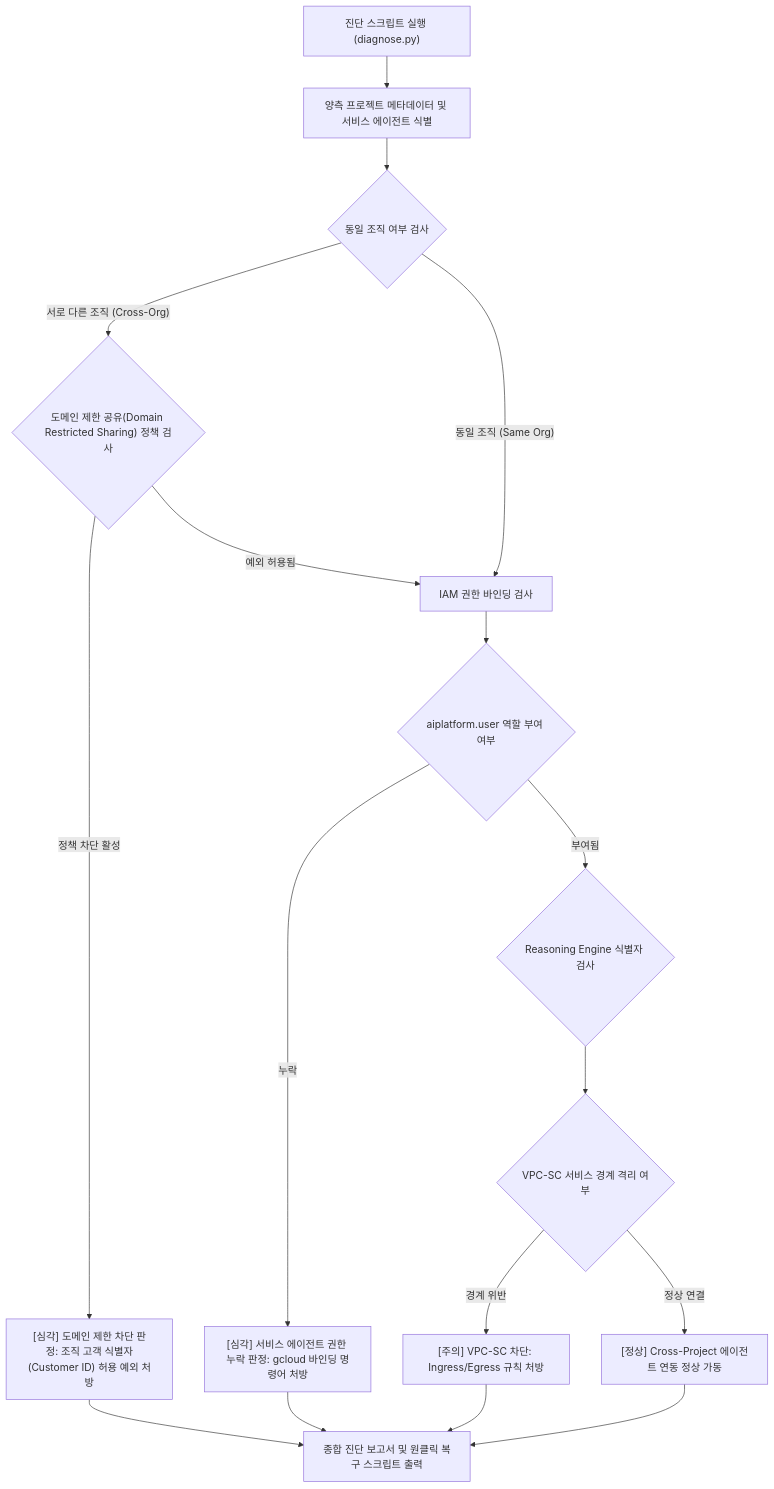
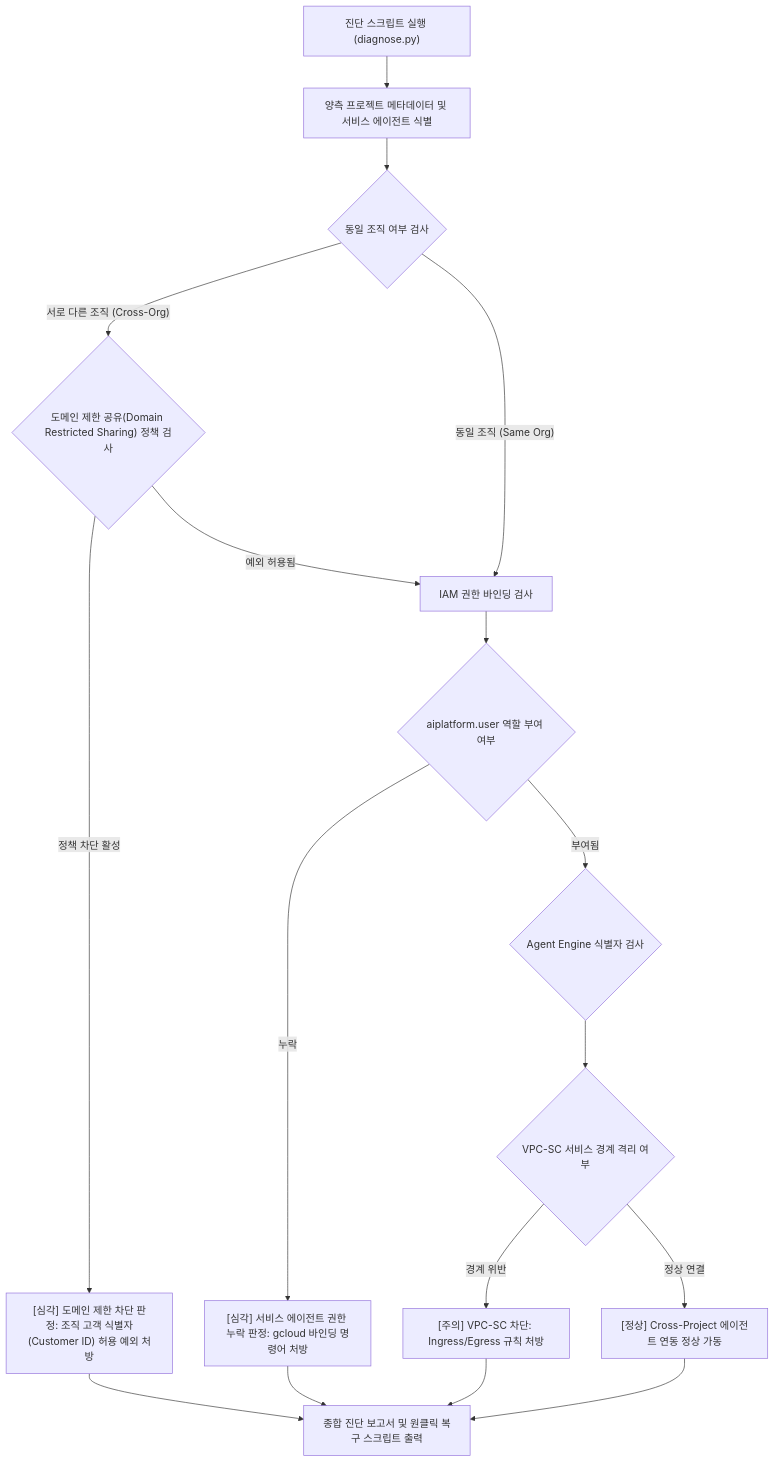
One commit to jiangjun-forge/google-cloud-0-to-1 changed the diagram in samples/gemini-enterprise-agent-resolver/README.md. Above: the diagram before and after it, drawn with Mermaid. The commit also changed other lines of this file and 4 other files, not shown here.

````diff
--- a/samples/gemini-enterprise-agent-resolver/README.md
+++ b/samples/gemini-enterprise-agent-resolver/README.md
@@ -37,23 +37,23 @@
 ```mermaid
 flowchart TD
     Start["진단 스크립트 실행 (diagnose.py)"] --> FetchMetadata["양측 프로젝트 메타데이터 및 서비스 에이전트 식별"]
     FetchMetadata --> CheckOrg{"동일 조직 여부 검사"}
     
     CheckOrg -->|"서로 다른 조직 (Cross-Org)"| CheckDomainPolicy{"도메인 제한 공유(Domain Restricted Sharing) 정책 검사"}
     CheckDomainPolicy -->|"정책 차단 활성"| CriticalOrgPolicy["[심각] 도메인 제한 차단 판정: 조직 고객 식별자(Customer ID) 허용 예외 처방"]
     CheckDomainPolicy -->|"예외 허용됨"| CheckIAM["IAM 권한 바인딩 검사"]
     CheckOrg -->|"동일 조직 (Same Org)"| CheckIAM
     
     CheckIAM --> CheckAgentUser{"aiplatform.user 역할 부여 여부"}
     CheckAgentUser -->|"누락"| CriticalIAM["[심각] 서비스 에이전트 권한 누락 판정: gcloud 바인딩 명령어 처방"]
-    CheckAgentUser -->|"부여됨"| CheckEngineID{"Reasoning Engine 식별자 검사"}
+    CheckAgentUser -->|"부여됨"| CheckEngineID{"Agent Engine 식별자 검사"}
     
     CheckEngineID --> CheckVPCSC{"VPC-SC 서비스 경계 격리 여부"}
     CheckVPCSC -->|"경계 위반"| WarnVPCSC["[주의] VPC-SC 차단: Ingress/Egress 규칙 처방"]
     CheckVPCSC -->|"정상 연결"| HealthyPass["[정상] Cross-Project 에이전트 연동 정상 가동"]
     
     CriticalOrgPolicy --> GenerateReport["종합 진단 보고서 및 원클릭 복구 스크립트 출력"]
     CriticalIAM --> GenerateReport
     WarnVPCSC --> GenerateReport
     HealthyPass --> GenerateReport
 ```
````
